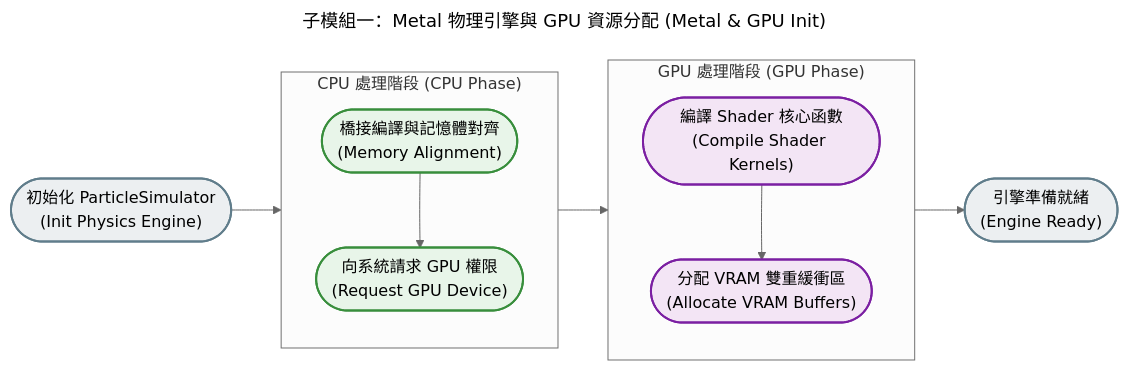
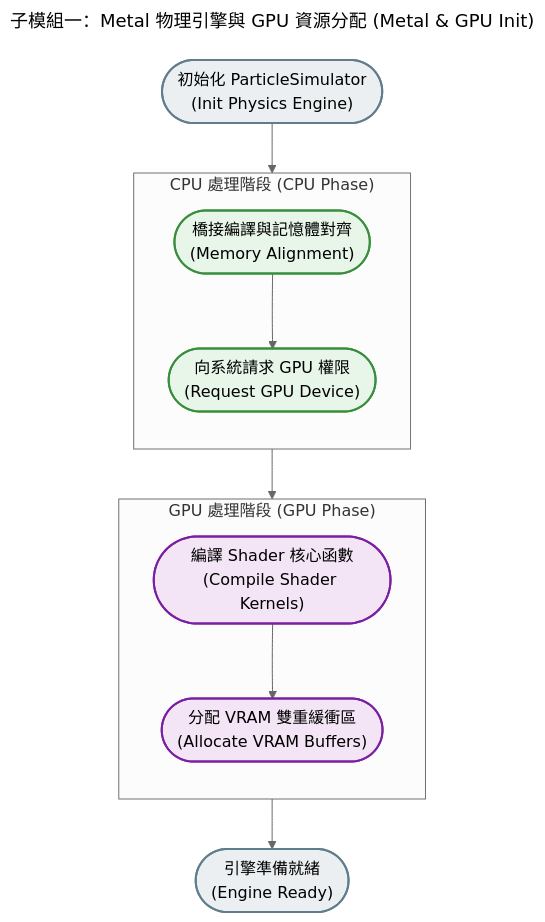
The second of 3 diagrams in README.md (lennox0909/ParticleVision), drawn with Mermaid (neutral theme) before and after one commit.

Commit message:
update mermaid flowchart

````diff
--- a/README.md
+++ b/README.md
@@ -208,32 +208,32 @@
 ```mermaid
 ---
 title: 子模組一：Metal 物理引擎與 GPU 資源分配 (Metal & GPU Init)
 ---
-flowchart LR
+flowchart TD
     classDef default fill:#fafafa,stroke:#333,stroke-width:2px,color:#333;
     classDef cpuAction fill:#e8f5e9,stroke:#388e3c,stroke-width:2px,color:#000;
     classDef gpuAction fill:#f3e5f5,stroke:#7b1fa2,stroke-width:2px,color:#000;
     classDef point fill:#eceff1,stroke:#607d8b,stroke-width:2px,color:#000;
 
     Start(["初始化 ParticleSimulator<br/>(Init Physics Engine)"]):::point
 
     subgraph "CPU 處理階段 (CPU Phase)"
         direction TB
         A1(["橋接編譯與記憶體對齊<br/>(Memory Alignment)"]):::cpuAction
         A2(["向系統請求 GPU 權限<br/>(Request GPU Device)"]):::cpuAction
         A1 --> A2
     end
 
     subgraph "GPU 處理階段 (GPU Phase)"
         direction TB
         A3(["編譯 Shader 核心函數<br/>(Compile Shader Kernels)"]):::gpuAction
         A4(["分配 VRAM 雙重緩衝區<br/>(Allocate VRAM Buffers)"]):::gpuAction
         A3 --> A4
     end
 
     End(["引擎準備就緒<br/>(Engine Ready)"]):::point
 
     Start --> A1
     A2 --> A3
     A4 --> End
 ```
````
